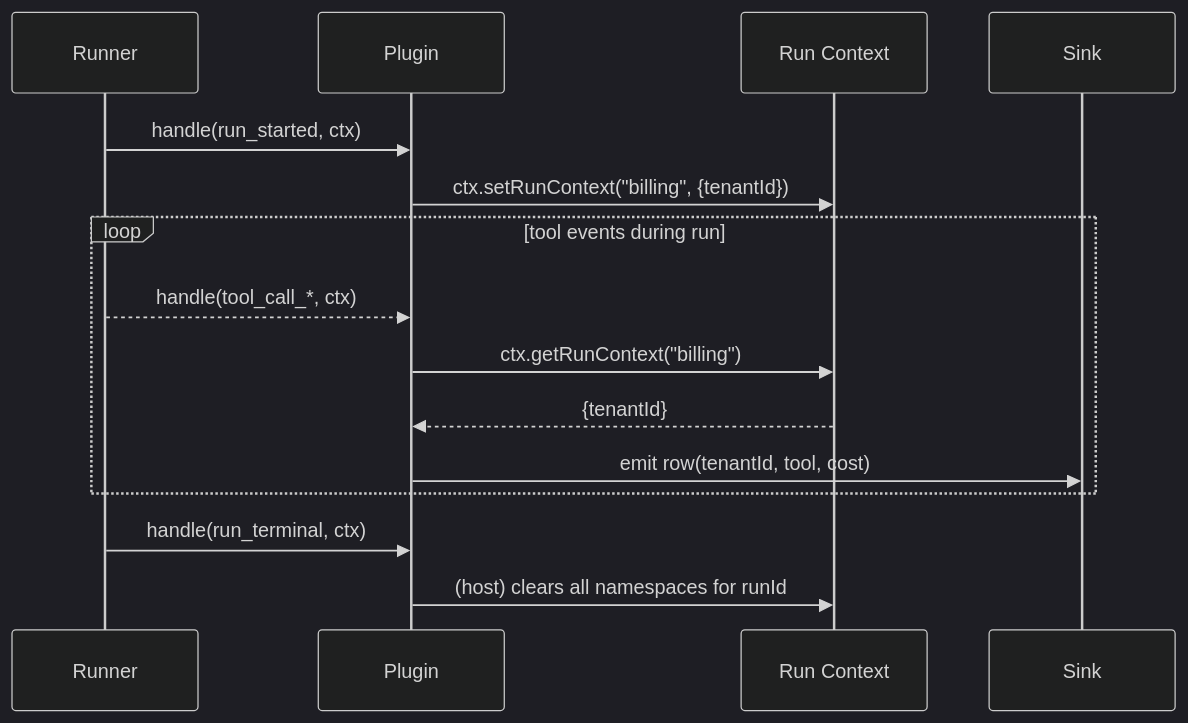
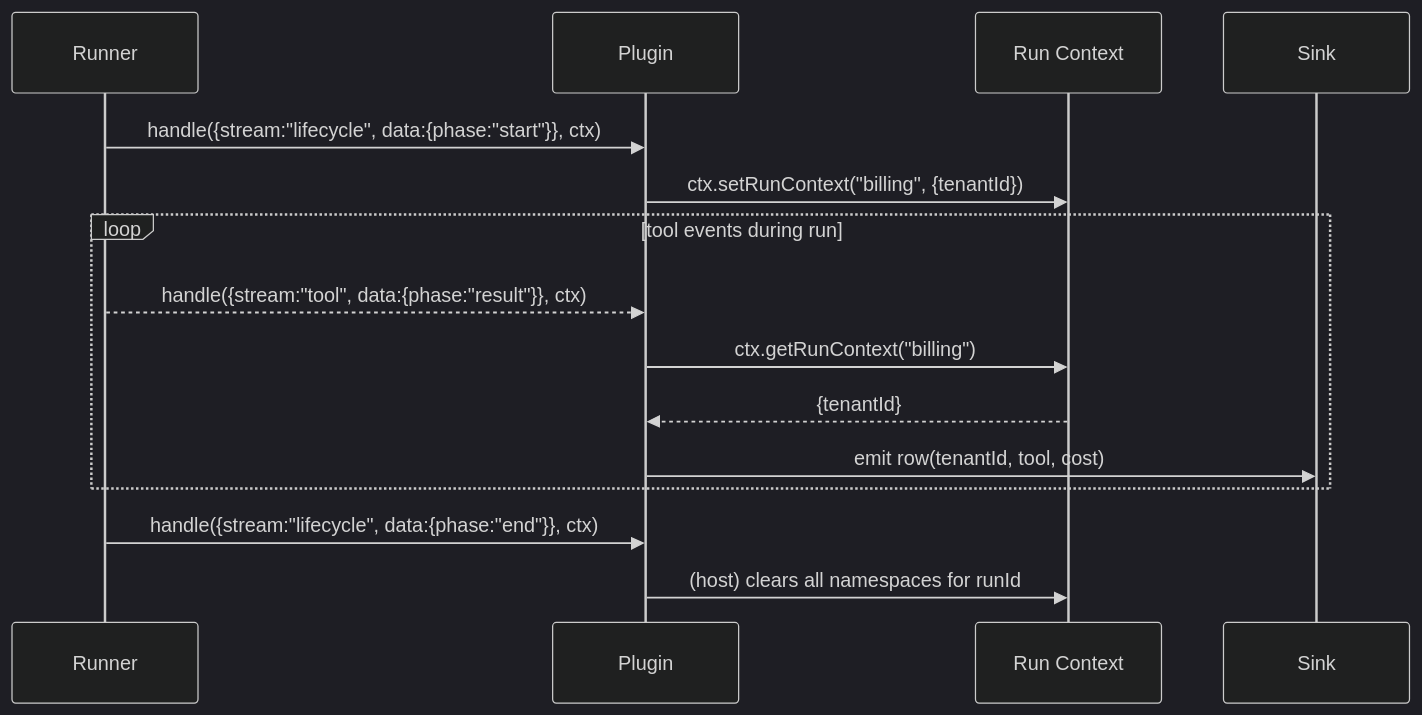
One commit to openclaw/openclaw changed diagram 13 of 23 in docs/plugins/host-hooks-examples.md. Above: the diagram before and after it, drawn with Mermaid (dark theme). The commit also changed other lines of this file, not shown here.

Commit message:
docs(plugin-sdk): use agent event payload shape in examples

````diff
--- a/docs/plugins/host-hooks-examples.md
+++ b/docs/plugins/host-hooks-examples.md
@@ -1464,20 +1480,20 @@
 ```mermaid
 sequenceDiagram
   participant Runner
   participant Plugin
   participant Ctx as Run Context
   participant Sink
 
-  Runner->>Plugin: handle(run_started, ctx)
+  Runner->>Plugin: handle({stream:"lifecycle", data:{phase:"start"}}, ctx)
   Plugin->>Ctx: ctx.setRunContext("billing", {tenantId})
 
   loop tool events during run
-    Runner-->>Plugin: handle(tool_call_*, ctx)
+    Runner-->>Plugin: handle({stream:"tool", data:{phase:"result"}}, ctx)
     Plugin->>Ctx: ctx.getRunContext("billing")
     Ctx-->>Plugin: {tenantId}
     Plugin->>Sink: emit row(tenantId, tool, cost)
   end
 
-  Runner->>Plugin: handle(run_terminal, ctx)
+  Runner->>Plugin: handle({stream:"lifecycle", data:{phase:"end"}}, ctx)
   Plugin->>Ctx: (host) clears all namespaces for runId
 ```
````
